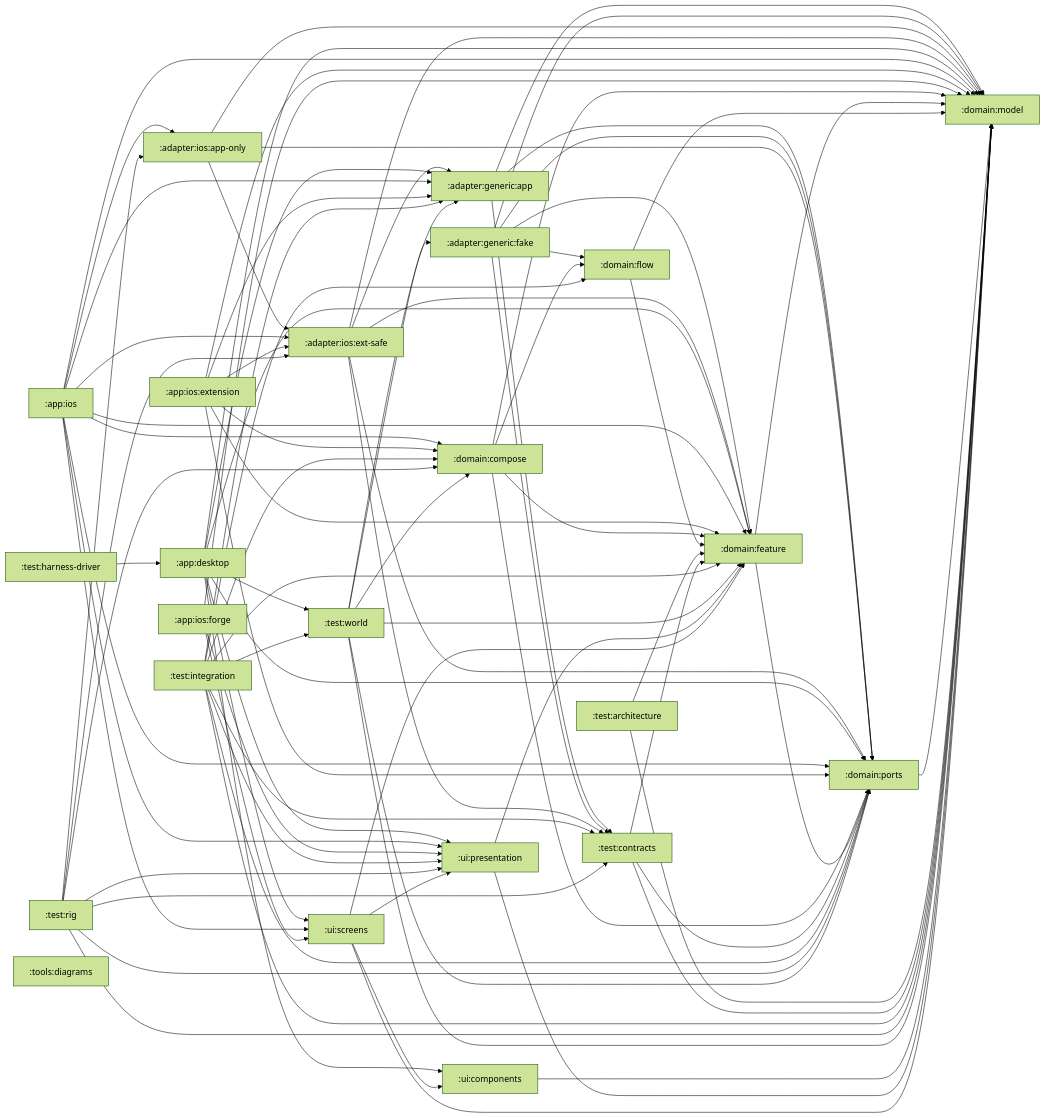
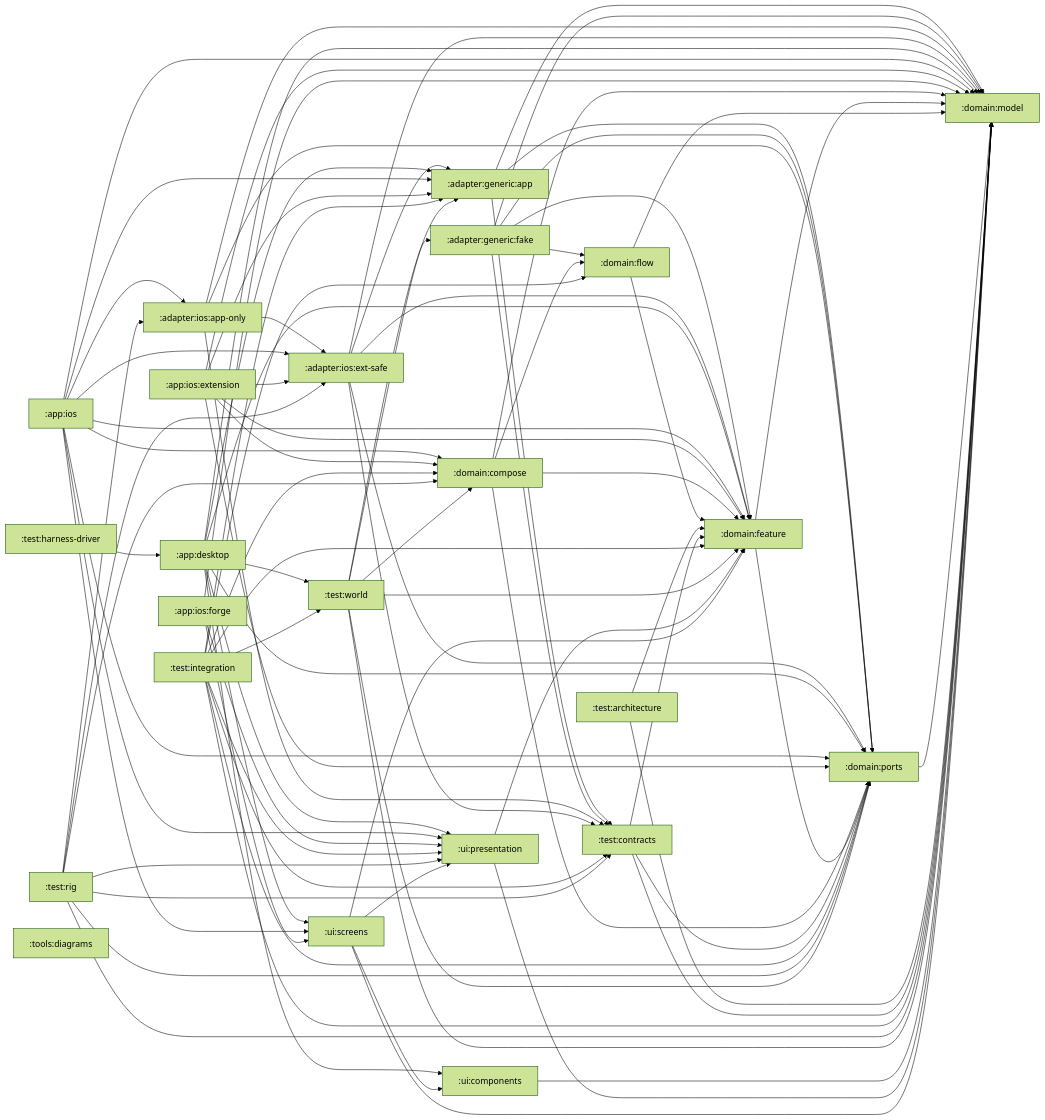
One commit to stefanhoelzl/SnapSync changed the diagram in architecture/modules.md. Above: the diagram before and after it, drawn with Mermaid (forest theme). The commit also changed 30 other files, not shown here.

First line of the commit message:
internal(port-contracts): contract the App-Group-backed stores

```diff
--- a/architecture/modules.md
+++ b/architecture/modules.md
@@ -43,6 +43,7 @@
   adapter_ios_app_only --> adapter_ios_ext_safe
   adapter_ios_app_only --> domain_model
   adapter_ios_app_only --> domain_ports
+  adapter_ios_app_only --> test_contracts
   adapter_ios_ext_safe --> adapter_generic_app
   adapter_ios_ext_safe --> domain_feature
   adapter_ios_ext_safe --> domain_model
```
